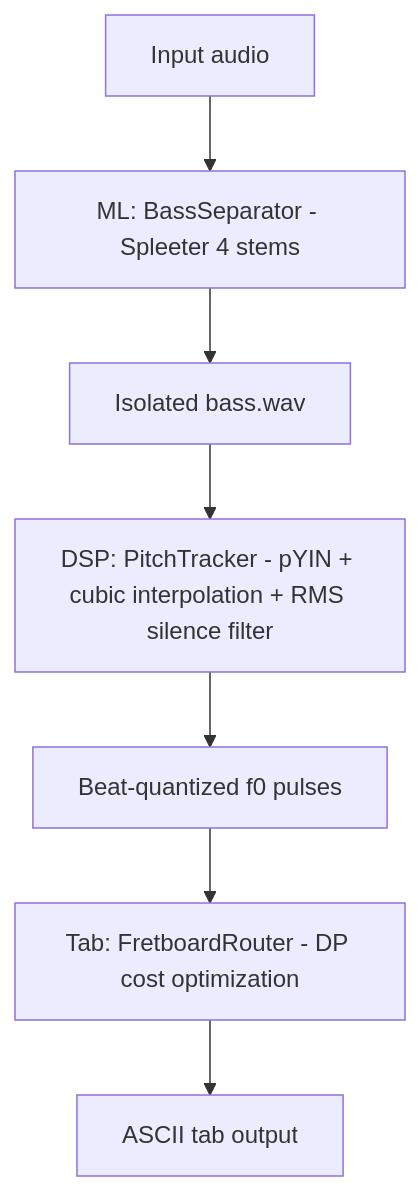
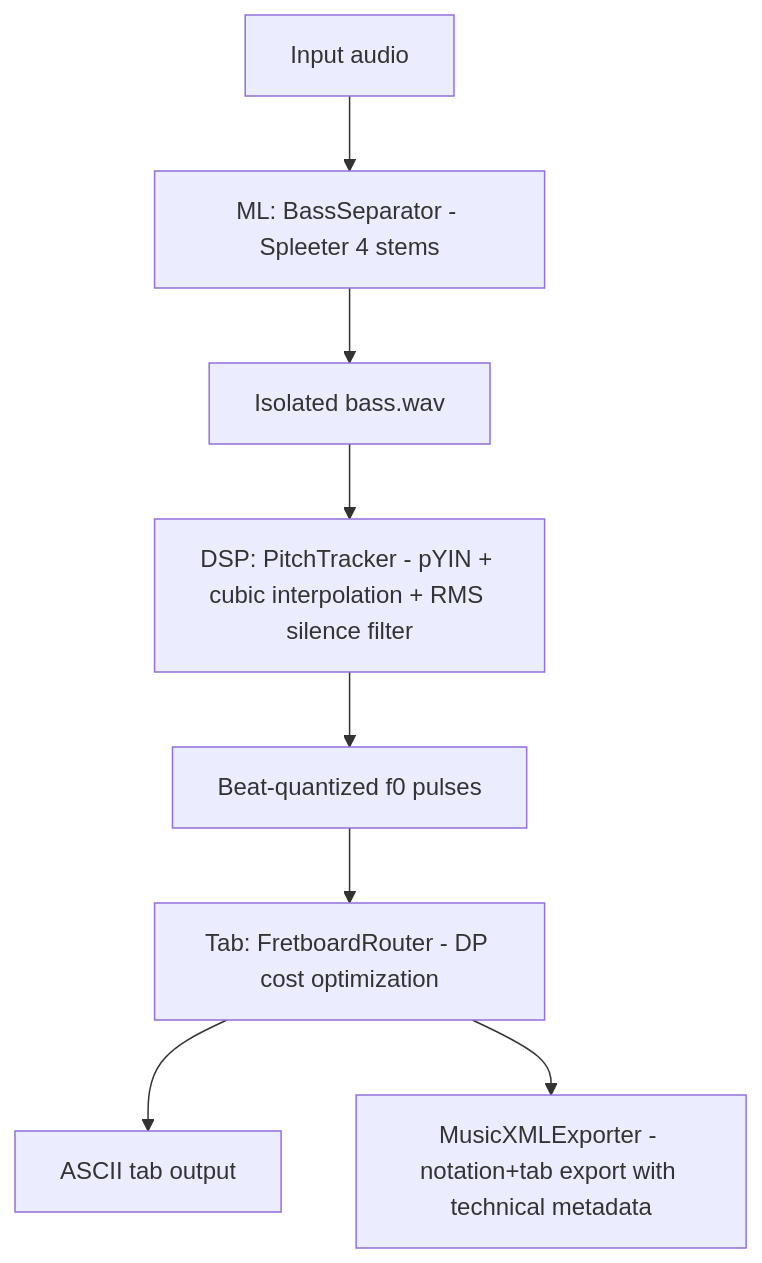
The diagram in README.md (blackmetalhans/punkito-tabs-oracle), drawn with Mermaid before and after one commit. The commit also changed other lines of this file and 7 other files, not shown here.

Commit message:
feat: implement MusicXML export functionality and enhance routing logic for sustain grouping

````diff
--- a/README.md
+++ b/README.md
@@ -21,9 +24,10 @@
 ```mermaid
 flowchart TD
     A[Input audio] --> B[ML: BassSeparator - Spleeter 4 stems]
     B --> C[Isolated bass.wav]
     C --> D[DSP: PitchTracker - pYIN + cubic interpolation + RMS silence filter]
     D --> E[Beat-quantized f0 pulses]
     E --> F[Tab: FretboardRouter - DP cost optimization]
     F --> G[ASCII tab output]
+    F --> H[MusicXMLExporter - notation+tab export with technical metadata]
 ```
````
